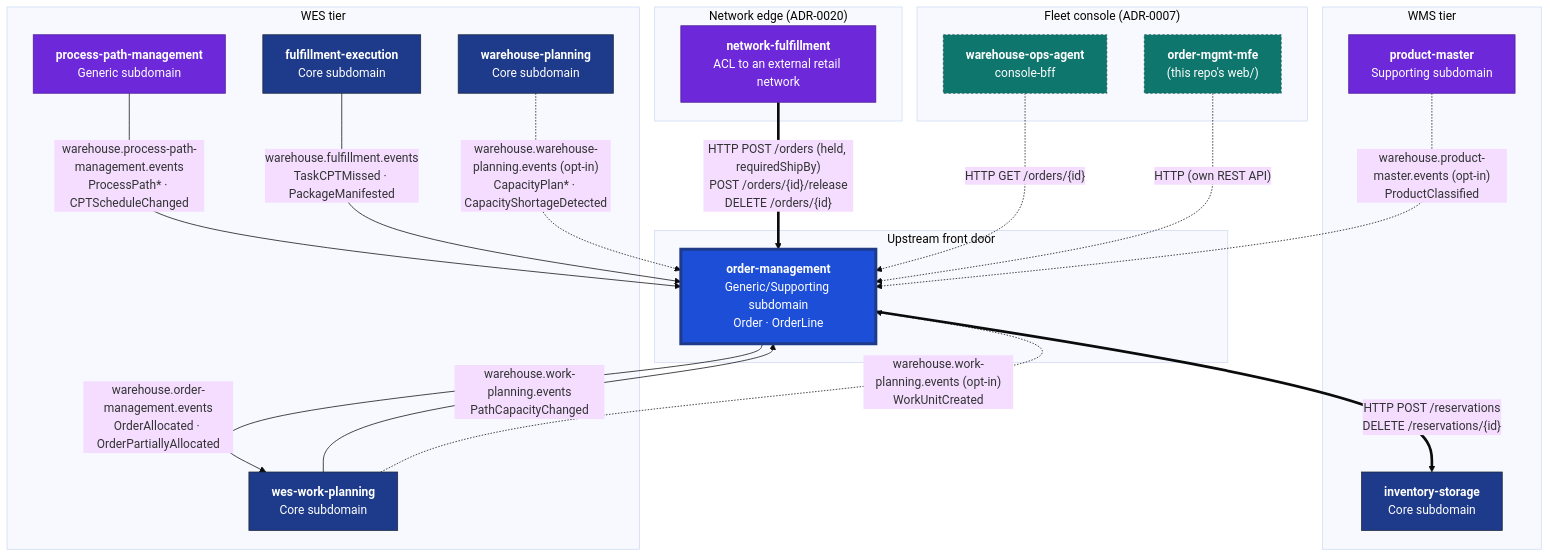
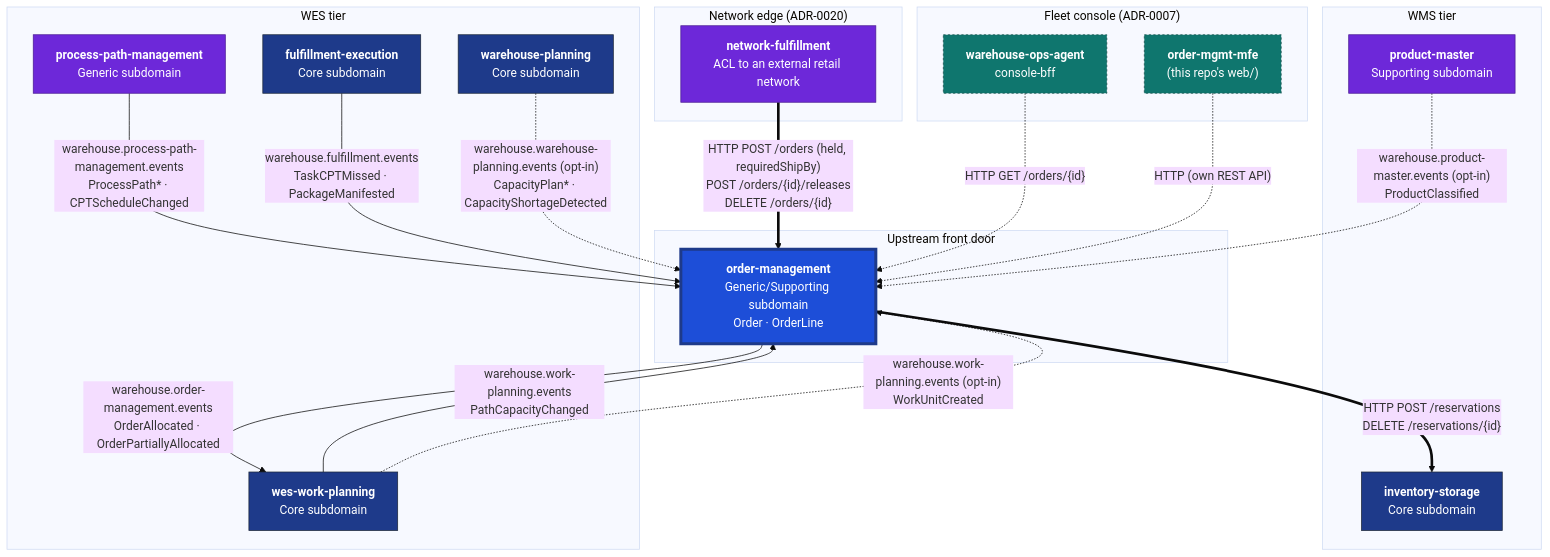
The first of 2 diagrams in docs/contexts/order-management/context-map.md (IQVO/warehouse-docs), drawn with Mermaid (base theme) before and after one commit. The commit also changed other lines of this file and 272 other files, not shown here.

````diff
--- a/docs/contexts/order-management/context-map.md
+++ b/docs/contexts/order-management/context-map.md
@@ -24,44 +24,44 @@
 ```mermaid
 flowchart TB
     subgraph EXT["Network edge (ADR-0020)"]
         NF["<b>network-fulfillment</b><br/>ACL to an external retail network"]
     end
     subgraph NEW["Upstream front door"]
         OM["<b>order-management</b><br/>Generic/Supporting subdomain<br/>Order · OrderLine"]
     end
     subgraph WMS["WMS tier"]
         INV["<b>inventory-storage</b><br/>Core subdomain"]
         PM["<b>product-master</b><br/>Supporting subdomain"]
     end
     subgraph WES["WES tier"]
         PPM["<b>process-path-management</b><br/>Generic subdomain"]
         WP["<b>wes-work-planning</b><br/>Core subdomain"]
         FE["<b>fulfillment-execution</b><br/>Core subdomain"]
         WPL["<b>warehouse-planning</b><br/>Core subdomain"]
     end
     subgraph CONSOLE["Fleet console (ADR-0007)"]
         BFF["<b>warehouse-ops-agent</b><br/>console-bff"]
         MFE["<b>order-mgmt-mfe</b><br/>(this repo's web/)"]
     end
 
-    NF ==>|"HTTP POST /orders (held, requiredShipBy)<br/>POST /orders/{id}/release<br/>DELETE /orders/{id}"| OM
+    NF ==>|"HTTP POST /orders (held, requiredShipBy)<br/>POST /orders/{id}/releases<br/>DELETE /orders/{id}"| OM
     OM ==>|"HTTP POST /reservations<br/>DELETE /reservations/{id}"| INV
     PM -.->|"warehouse.product-master.events (opt-in)<br/>ProductClassified"| OM
     OM -->|"warehouse.order-management.events<br/>OrderAllocated · OrderPartiallyAllocated"| WP
     PPM -->|"warehouse.process-path-management.events<br/>ProcessPath* · CPTScheduleChanged"| OM
     WP -->|"warehouse.work-planning.events<br/>PathCapacityChanged"| OM
     WP -.->|"warehouse.work-planning.events (opt-in)<br/>WorkUnitCreated"| OM
     FE -->|"warehouse.fulfillment.events<br/>TaskCPTMissed · PackageManifested"| OM
     WPL -.->|"warehouse.warehouse-planning.events (opt-in)<br/>CapacityPlan* · CapacityShortageDetected"| OM
     BFF -.->|"HTTP GET /orders/{id}"| OM
     MFE -.->|"HTTP (own REST API)"| OM
 
     classDef this fill:#1d4ed8,stroke:#1e3a8a,color:#fff,stroke-width:4px;
     classDef core fill:#1e3a8a,stroke:#1e293b,color:#fff;
     classDef supp fill:#6d28d9,stroke:#4c1d95,color:#fff;
     classDef console fill:#0f766e,stroke:#134e4a,color:#fff,stroke-dasharray: 3 3;
     class OM this;
     class INV,WP,FE,WPL core;
     class PPM,NF,PM supp;
     class BFF,MFE console;
 ```
````
